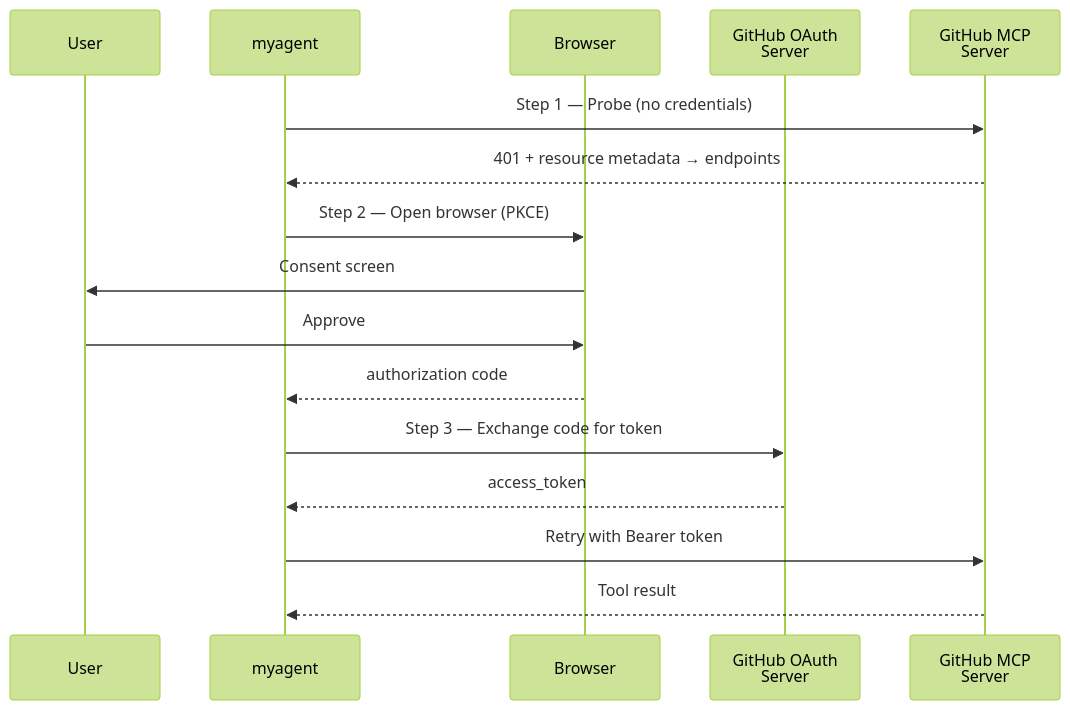
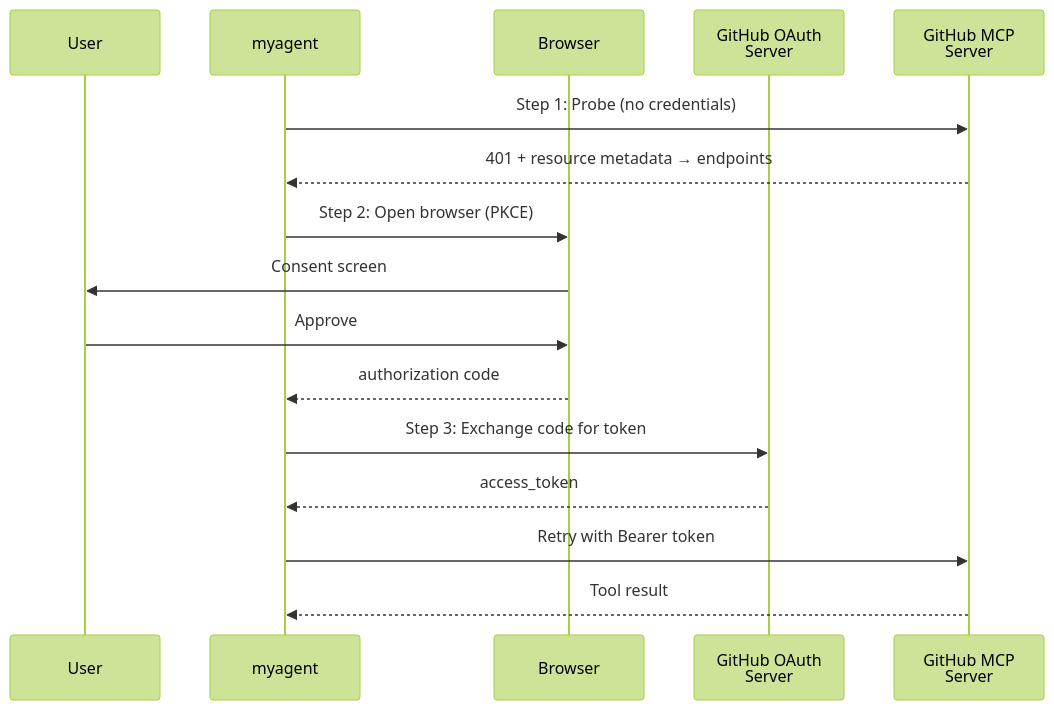
One commit to 1iyiwei/lca-deepagents changed the first of 4 diagrams in thinkific/src/m1/m1.6-mcp.md. Above: the diagram before and after it, drawn with Mermaid (forest theme). The commit also changed other lines of this file, not shown here.

```diff
--- a/thinkific/src/m1/m1.6-mcp.md
+++ b/thinkific/src/m1/m1.6-mcp.md
@@ -699,21 +690,21 @@
 <div class="mermaid">
 sequenceDiagram
     participant U as User
     participant A as myagent
     participant B as Browser
     participant O as GitHub OAuth<br/>Server
     participant M as GitHub MCP<br/>Server
 
-    A->>M: Step 1 — Probe (no credentials)
+    A->>M: Step 1: Probe (no credentials)
     M-->>A: 401 + resource metadata → endpoints
 
-    A->>B: Step 2 — Open browser (PKCE)
+    A->>B: Step 2: Open browser (PKCE)
     B->>U: Consent screen
     U->>B: Approve
     B-->>A: authorization code
 
-    A->>O: Step 3 — Exchange code for token
+    A->>O: Step 3: Exchange code for token
     O-->>A: access_token
     A->>M: Retry with Bearer token
     M-->>A: Tool result
 </div>
```
